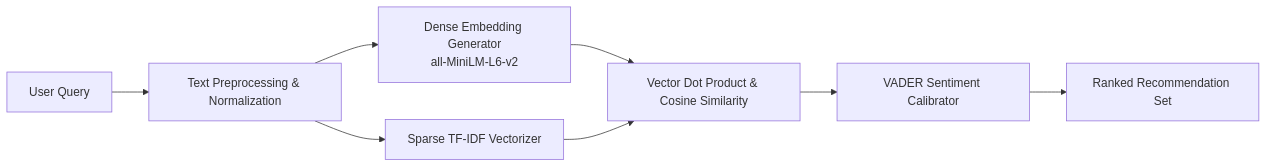
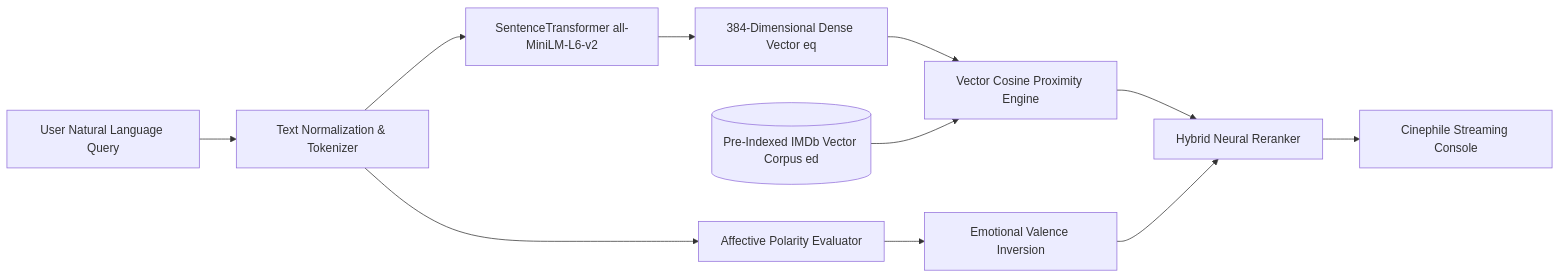
Before and after one commit to yasmenmad/chatbot: the diagram in README.md, drawn with Mermaid. The commit also changed other lines of this file and 1 other file, not shown here.

Commit message:
feat(filmo): add PyTorch neural banner, mathematical formulation, and architecture flow diagram

````diff
--- a/README.md
+++ b/README.md
@@ -47,10 +51,13 @@
 ```mermaid
 flowchart LR
-    A[User Query] --> B[Text Preprocessing & Normalization]
-    B --> C[Dense Embedding Generator<br/>all-MiniLM-L6-v2]
-    B --> D[Sparse TF-IDF Vectorizer]
-    C --> E[Vector Dot Product & Cosine Similarity]
-    D --> E
-    E --> F[VADER Sentiment Calibrator]
-    F --> G[Ranked Recommendation Set]
+    User[User Natural Language Query] --> NLP[Text Normalization & Tokenizer]
+    NLP --> BiEnc[SentenceTransformer all-MiniLM-L6-v2]
+    BiEnc --> DenseVec[384-Dimensional Dense Vector eq]
+    DenseVec --> CosSim[Vector Cosine Proximity Engine]
+    Corpus[(Pre-Indexed IMDb Vector Corpus ed)] --> CosSim
+    NLP --> VADER[Affective Polarity Evaluator]
+    VADER --> Inversion[Emotional Valence Inversion]
+    CosSim --> Reranker[Hybrid Neural Reranker]
+    Inversion --> Reranker
+    Reranker --> Stream[Cinephile Streaming Console]
 ```
````
